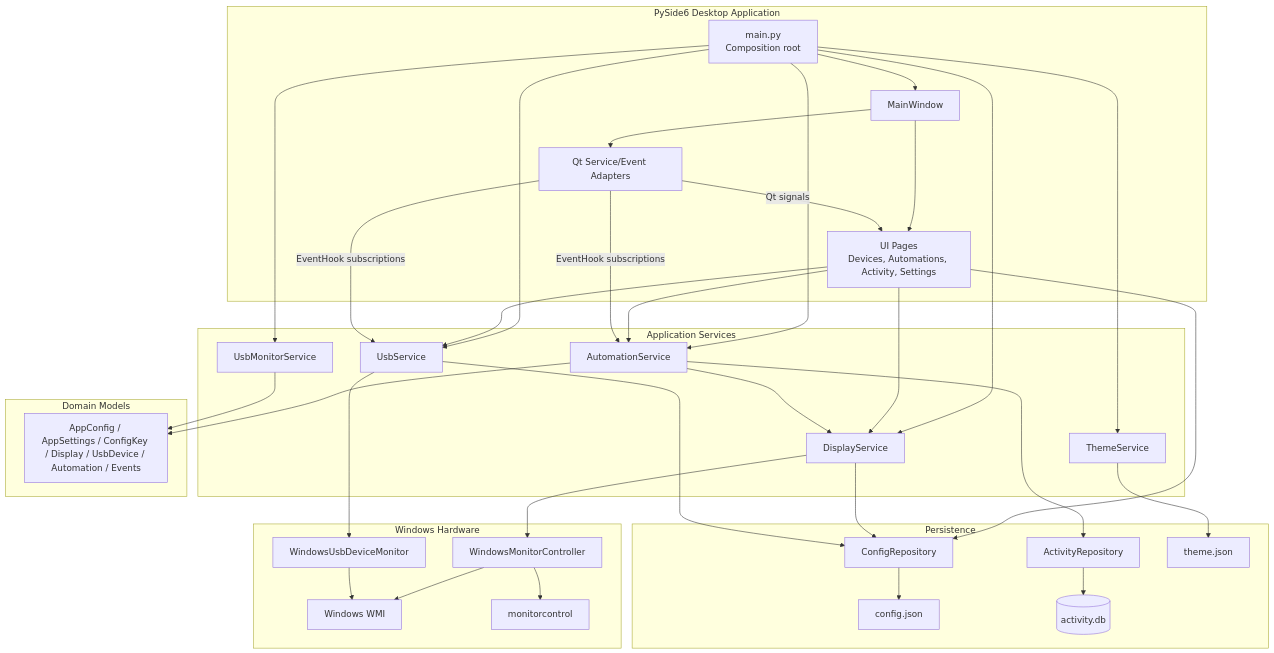
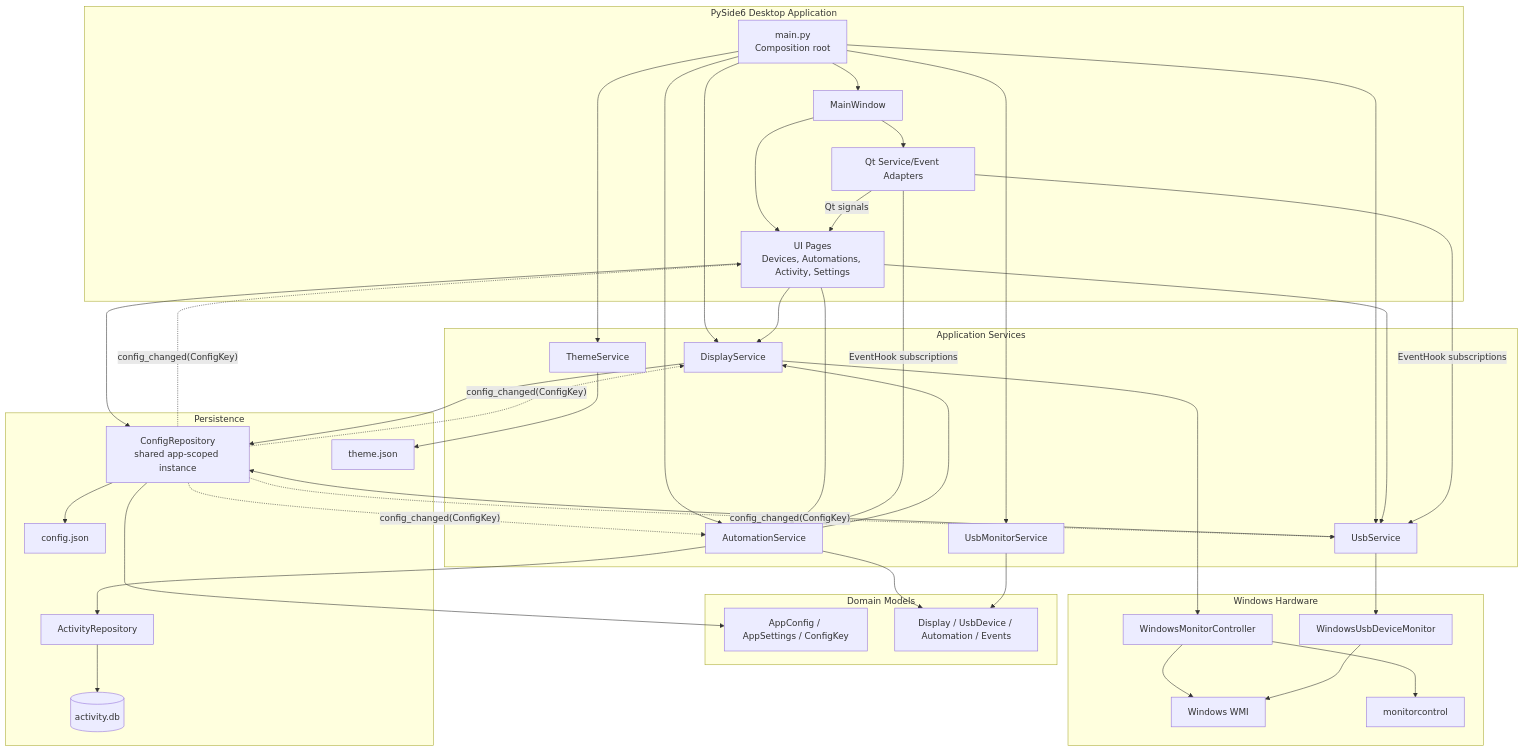
Before and after one commit to Gayoon1234/monitor-switcher: the first of 4 diagrams in docs/technical-implementation.md, drawn with Mermaid. The commit also changed other lines of this file, not shown here.

Commit message:
doc(): update mermaid diagram with recent changes

````diff
--- a/docs/technical-implementation.md
+++ b/docs/technical-implementation.md
@@ -13,71 +13,77 @@
 ```mermaid
 flowchart TB
     subgraph Desktop["PySide6 Desktop Application"]
         Main["main.py<br/>Composition root"]
         Window["MainWindow"]
         Pages["UI Pages<br/>Devices, Automations, Activity, Settings"]
         QtAdapter["Qt Service/Event Adapters"]
     end
 
     subgraph Application["Application Services"]
         DisplayService["DisplayService"]
         UsbService["UsbService"]
         AutomationService["AutomationService"]
         UsbMonitorService["UsbMonitorService"]
         ThemeService["ThemeService"]
     end
 
     subgraph Domain["Domain Models"]
-        Models["AppConfig / AppSettings / ConfigKey / Display / UsbDevice / Automation / Events"]
+        ConfigModels["AppConfig / AppSettings / ConfigKey"]
+        Models["Display / UsbDevice / Automation / Events"]
     end
 
     subgraph Persistence["Persistence"]
-        ConfigRepo["ConfigRepository"]
+        ConfigRepo["ConfigRepository<br/>shared app-scoped instance"]
         ActivityRepo["ActivityRepository"]
         Config["config.json"]
         Theme["theme.json"]
         ActivityDB[("activity.db")]
     end
 
     subgraph Hardware["Windows Hardware"]
         MonitorController["WindowsMonitorController"]
         UsbMonitor["WindowsUsbDeviceMonitor"]
         WMI["Windows WMI"]
         MonitorControl["monitorcontrol"]
     end
 
     Main --> Window
     Main --> DisplayService
     Main --> UsbService
     Main --> AutomationService
     Main --> UsbMonitorService
     Main --> ThemeService
 
     Window --> Pages
     Window --> QtAdapter
     Pages --> DisplayService
     Pages --> UsbService
     Pages --> AutomationService
     Pages --> ConfigRepo
 
     QtAdapter -->|"Qt signals"| Pages
     QtAdapter -->|"EventHook subscriptions"| AutomationService
     QtAdapter -->|"EventHook subscriptions"| UsbService
 
     AutomationService --> DisplayService
     AutomationService --> ActivityRepo
     AutomationService --> Models
     UsbMonitorService --> Models
     DisplayService --> ConfigRepo
     DisplayService --> MonitorController
     UsbService --> UsbMonitor
     UsbService --> ConfigRepo
 
+    ConfigRepo --> ConfigModels
     ConfigRepo --> Config
+    ConfigRepo -.->|"config_changed(ConfigKey)"| DisplayService
+    ConfigRepo -.->|"config_changed(ConfigKey)"| UsbService
+    ConfigRepo -.->|"config_changed(ConfigKey)"| AutomationService
+    ConfigRepo -.->|"config_changed(ConfigKey)"| Pages
     ThemeService --> Theme
     ActivityRepo --> ActivityDB
 
     MonitorController --> MonitorControl
     MonitorController --> WMI
     UsbMonitor --> WMI
 ```
````
